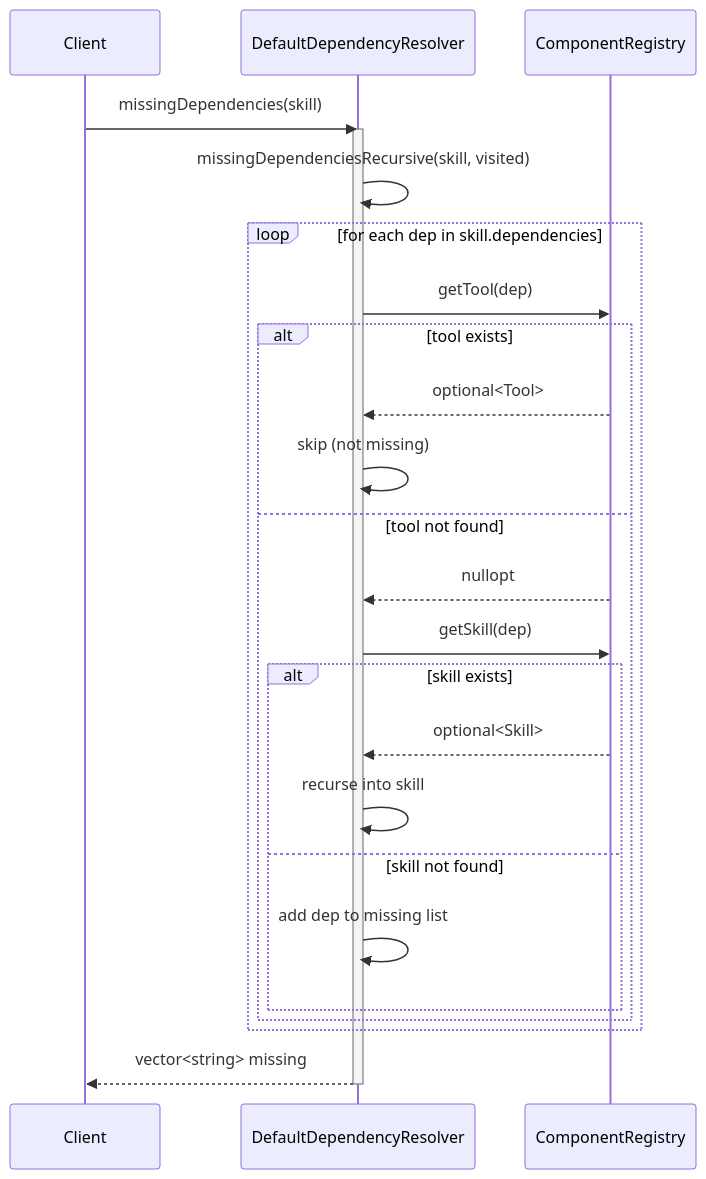
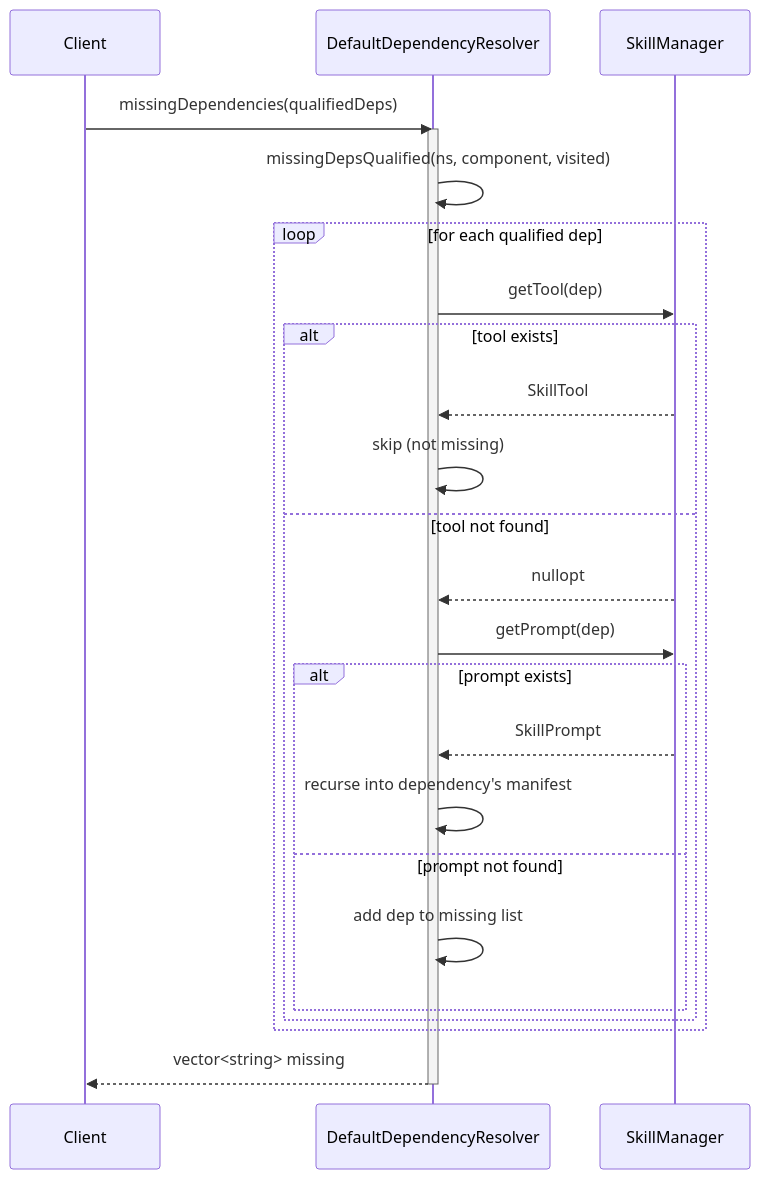
One commit to opensassi/a0 changed the second of 2 diagrams in src/dependency_resolver.spec.md. Above: the diagram before and after it, drawn with Mermaid. The commit also changed other lines of this file and 40 other files, not shown here.

````diff
--- a/src/dependency_resolver.spec.md
+++ b/src/dependency_resolver.spec.md
@@ -60,28 +72,28 @@
 ```mermaid
 sequenceDiagram
     participant Client
     participant DDR as DefaultDependencyResolver
-    participant CR as ComponentRegistry
+    participant SM as SkillManager
 
-    Client->>DDR: missingDependencies(skill)
+    Client->>DDR: missingDependencies(qualifiedDeps)
     activate DDR
-    DDR->>DDR: missingDependenciesRecursive(skill, visited)
-    loop for each dep in skill.dependencies
-        DDR->>CR: getTool(dep)
+    DDR->>DDR: missingDepsQualified(ns, component, visited)
+    loop for each qualified dep
+        DDR->>SM: getTool(dep)
         alt tool exists
-            CR-->>DDR: optional<Tool>
+            SM-->>DDR: SkillTool
             DDR->>DDR: skip (not missing)
         else tool not found
-            CR-->>DDR: nullopt
-            DDR->>CR: getSkill(dep)
-            alt skill exists
-                CR-->>DDR: optional<Skill>
-                DDR->>DDR: recurse into skill
-            else skill not found
+            SM-->>DDR: nullopt
+            DDR->>SM: getPrompt(dep)
+            alt prompt exists
+                SM-->>DDR: SkillPrompt
+                DDR->>DDR: recurse into dependency's manifest
+            else prompt not found
                 DDR->>DDR: add dep to missing list
             end
         end
     end
     DDR-->>Client: vector<string> missing
     deactivate DDR
 ```
````
